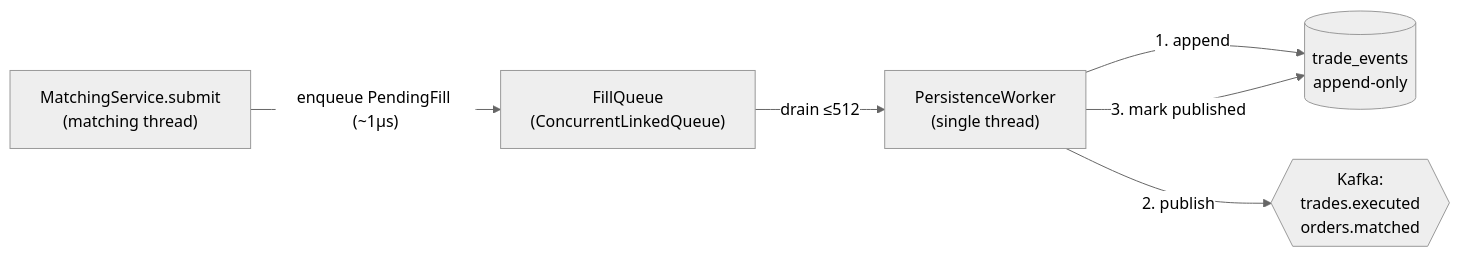
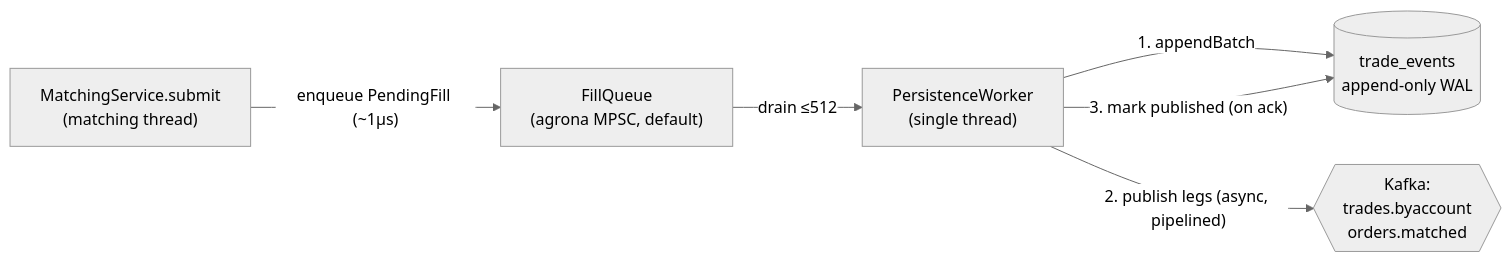
Before and after one commit to mc139/fx-oee-docs: the first of 7 diagrams in 05-event-sourcing-persistence.md, drawn with Mermaid (neutral theme). The commit also changed other lines of this file and 25 other files, not shown here.

````diff
--- a/05-event-sourcing-persistence.md
+++ b/05-event-sourcing-persistence.md
@@ -19,8 +44,8 @@
 ```mermaid
 flowchart LR
-    MS["MatchingService.submit<br/>(matching thread)"] -->|"enqueue PendingFill (~1µs)"| FQ["FillQueue<br/>(ConcurrentLinkedQueue)"]
+    MS["MatchingService.submit<br/>(matching thread)"] -->|"enqueue PendingFill (~1µs)"| FQ["FillQueue<br/>(agrona MPSC, default)"]
     FQ -->|"drain ≤512"| PW["PersistenceWorker<br/>(single thread)"]
-    PW -->|"1. append"| LOG[("trade_events<br/>append-only")]
-    PW -->|"2. publish"| K{{"Kafka:<br/>trades.executed<br/>orders.matched"}}
-    PW -->|"3. mark published"| LOG
+    PW -->|"1. appendBatch"| LOG[("trade_events<br/>append-only WAL")]
+    PW -->|"2. publish legs (async, pipelined)"| K{{"Kafka:<br/>trades.byaccount<br/>orders.matched"}}
+    PW -->|"3. mark published (on ack)"| LOG
 ```
````
